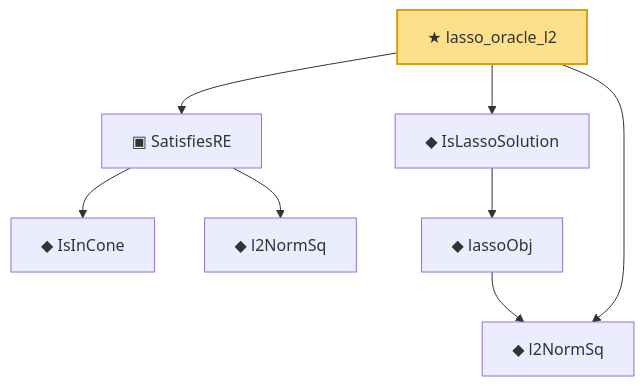
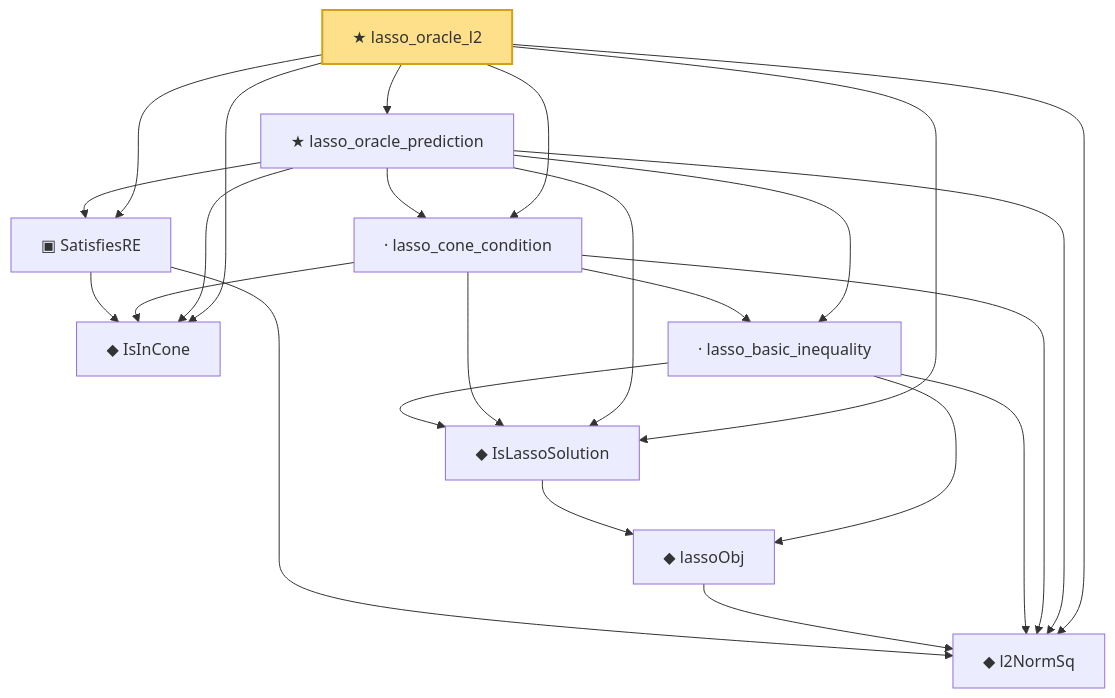
Before and after one commit to statopia/statlib-site: the diagram in public/narratives/HighDim/lasso_oracle_l2.md, drawn with Mermaid. The commit also changed other lines of this file and 1165 other files, not shown here.

First line of the commit message:
feat: restructure to 6 pages + regenerate knowledge graph from main

````diff
--- a/public/narratives/HighDim/lasso_oracle_l2.md
+++ b/public/narratives/HighDim/lasso_oracle_l2.md
@@ -18,20 +20,38 @@
 ```mermaid
 flowchart TD
   n0["◆ IsInCone"]
   n1["◆ l2NormSq"]
   n2["▣ SatisfiesRE"]
-  n3["◆ l2NormSq"]
-  n4["◆ lassoObj"]
-  n5["◆ IsLassoSolution"]
-  n6["★ lasso_oracle_l2"]
+  n3["◆ lassoObj"]
+  n4["◆ IsLassoSolution"]
+  n5["· lasso_basic_inequality"]
+  n6["· lasso_cone_condition"]
+  n7["★ lasso_oracle_prediction"]
+  n8["★ lasso_oracle_l2"]
   n2 --> n0
   n2 --> n1
+  n3 --> n1
   n4 --> n3
   n5 --> n4
-  n6 --> n2
+  n5 --> n1
+  n5 --> n3
+  n6 --> n4
+  n6 --> n0
+  n6 --> n1
   n6 --> n5
-  n6 --> n3
-  class n6 headline;
+  n7 --> n2
+  n7 --> n4
+  n7 --> n1
+  n7 --> n0
+  n7 --> n6
+  n7 --> n5
+  n8 --> n2
+  n8 --> n4
+  n8 --> n0
+  n8 --> n6
+  n8 --> n1
+  n8 --> n7
+  class n8 headline;
   classDef headline fill:#ffe08a,stroke:#d4a017,stroke-width:2px;
   classDef axiomNode fill:#ffd0d0,stroke:#c0392b,stroke-dasharray:4 2;
 ```
````
